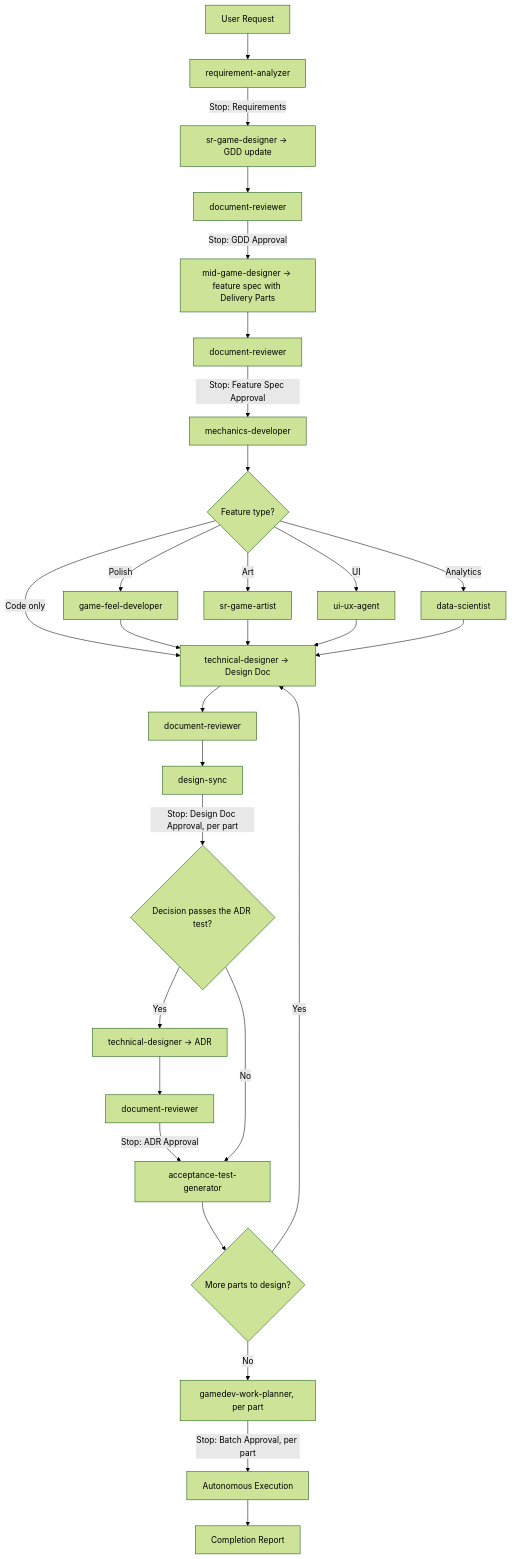
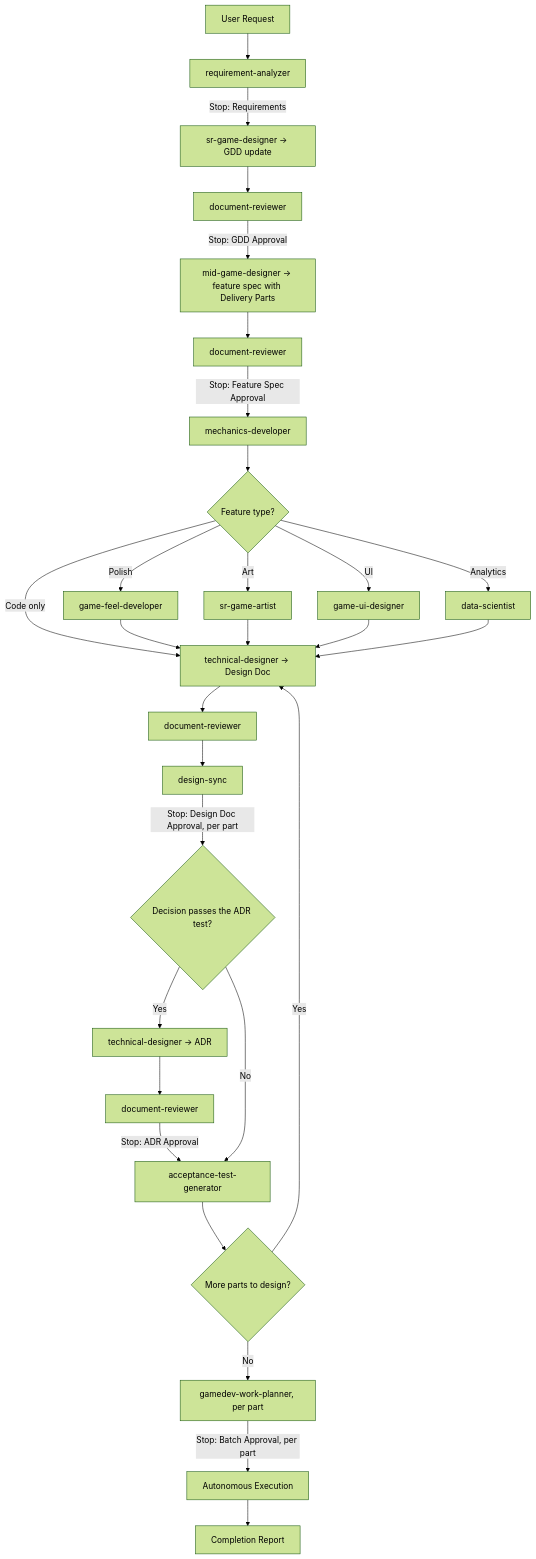
The fourth of 10 diagrams in docs/overture/gamedev-workflows.md (tundraray/overture), drawn with Mermaid (forest theme) before and after one commit. The commit also changed other lines of this file and 92 other files, not shown here.

````diff
--- a/docs/overture/gamedev-workflows.md
+++ b/docs/overture/gamedev-workflows.md
@@ -137,31 +137,31 @@
 ```mermaid
 graph TB
     A[User Request] --> B[requirement-analyzer]
     B --> |"Stop: Requirements"| SGD[sr-game-designer → GDD update]
     SGD --> DR1[document-reviewer]
     DR1 --> |"Stop: GDD Approval"| MGD[mid-game-designer → feature spec with Delivery Parts]
     MGD --> DRF[document-reviewer]
     DRF --> |"Stop: Feature Spec Approval"| MD[mechanics-developer]
     MD --> COND{Feature type?}
     COND --> |Polish| GFD[game-feel-developer]
     COND --> |Art| ART[sr-game-artist]
-    COND --> |UI| UI[ui-ux-agent]
+    COND --> |UI| UI[game-ui-designer]
     COND --> |Analytics| DS[data-scientist]
     COND --> |Code only| TD
     GFD --> TD[technical-designer → Design Doc]
     ART --> TD
     UI --> TD
     DS --> TD
     TD --> DR2[document-reviewer]
     DR2 --> SYNC[design-sync]
     SYNC --> |"Stop: Design Doc Approval, per part"| ADR{Decision passes the ADR test?}
     ADR --> |Yes| TDA[technical-designer → ADR]
     TDA --> DRA[document-reviewer]
     DRA --> |"Stop: ADR Approval"| ATG[acceptance-test-generator]
     ADR --> |No| ATG
     ATG --> MORE{More parts to design?}
     MORE --> |Yes| TD
     MORE --> |No| WP[gamedev-work-planner, per part]
     WP --> |"Stop: Batch Approval, per part"| AUTO[Autonomous Execution]
     AUTO --> DONE[Completion Report]
 ```
````
